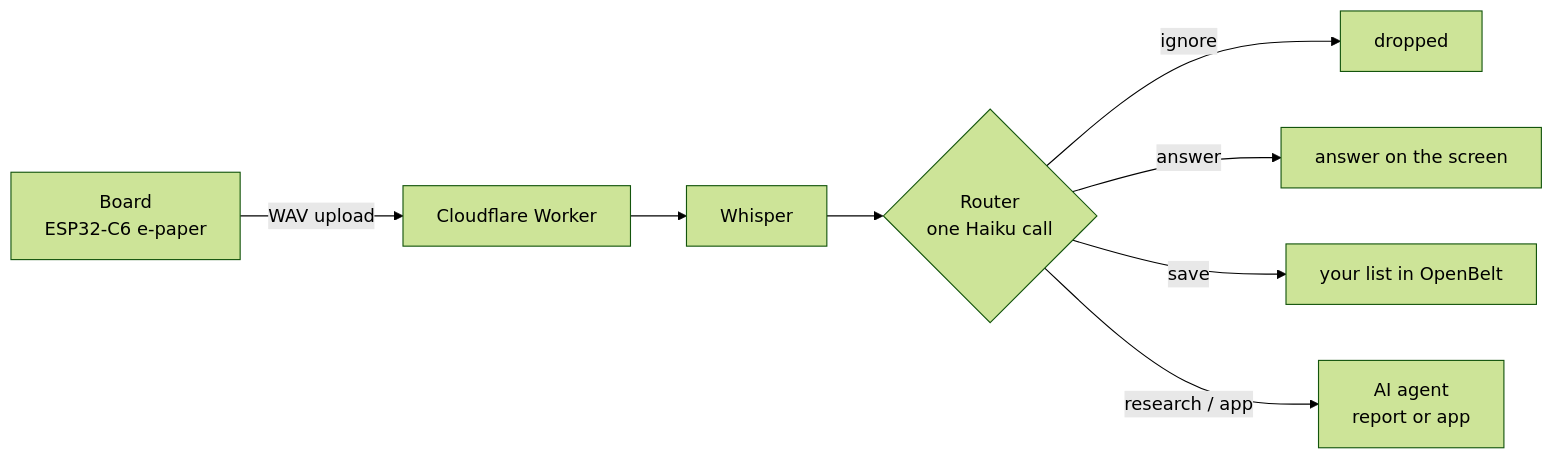
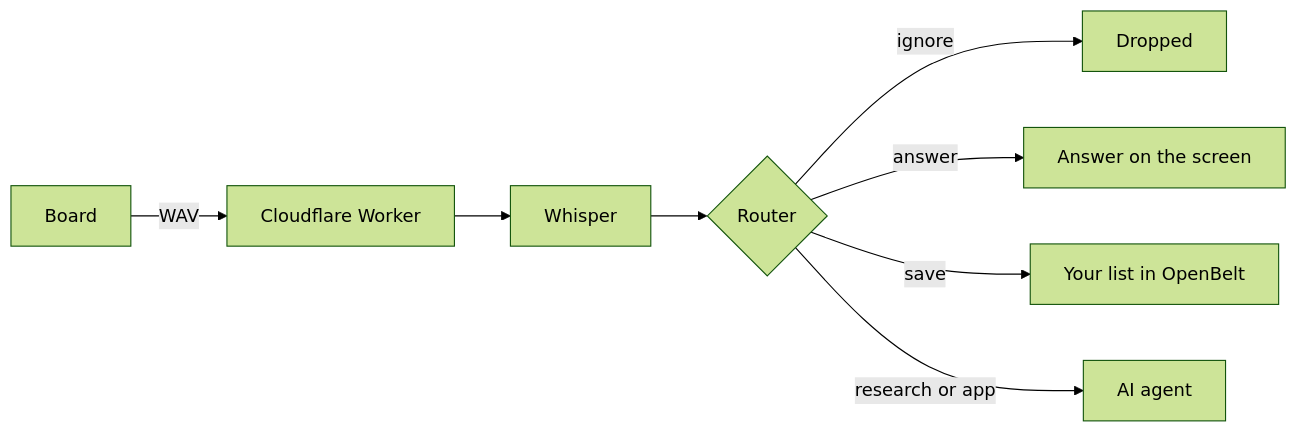
One commit to mrjoedang/paperbot changed the diagram in README.md. Above: the diagram before and after it, drawn with Mermaid (forest theme).

Commit message:
docs: simpler mermaid syntax

````diff
--- a/README.md
+++ b/README.md
@@ -12,9 +12,10 @@
 ```mermaid
 flowchart LR
-  B["Board<br/>ESP32-C6 e-paper"] -- "WAV upload" --> W["Cloudflare Worker"]
-  W --> T["Whisper"] --> R{"Router<br/>one Haiku call"}
-  R -- ignore --> X["dropped"]
-  R -- answer --> S["answer on the screen"]
-  R -- save --> L["your list in OpenBelt"]
-  R -- "research / app" --> A["AI agent<br/>report or app"]
+  board[Board] -->|WAV| worker[Cloudflare Worker]
+  worker --> whisper[Whisper]
+  whisper --> router{Router}
+  router -->|ignore| dropped[Dropped]
+  router -->|answer| screen[Answer on the screen]
+  router -->|save| list[Your list in OpenBelt]
+  router -->|research or app| agent[AI agent]
 ```
````
